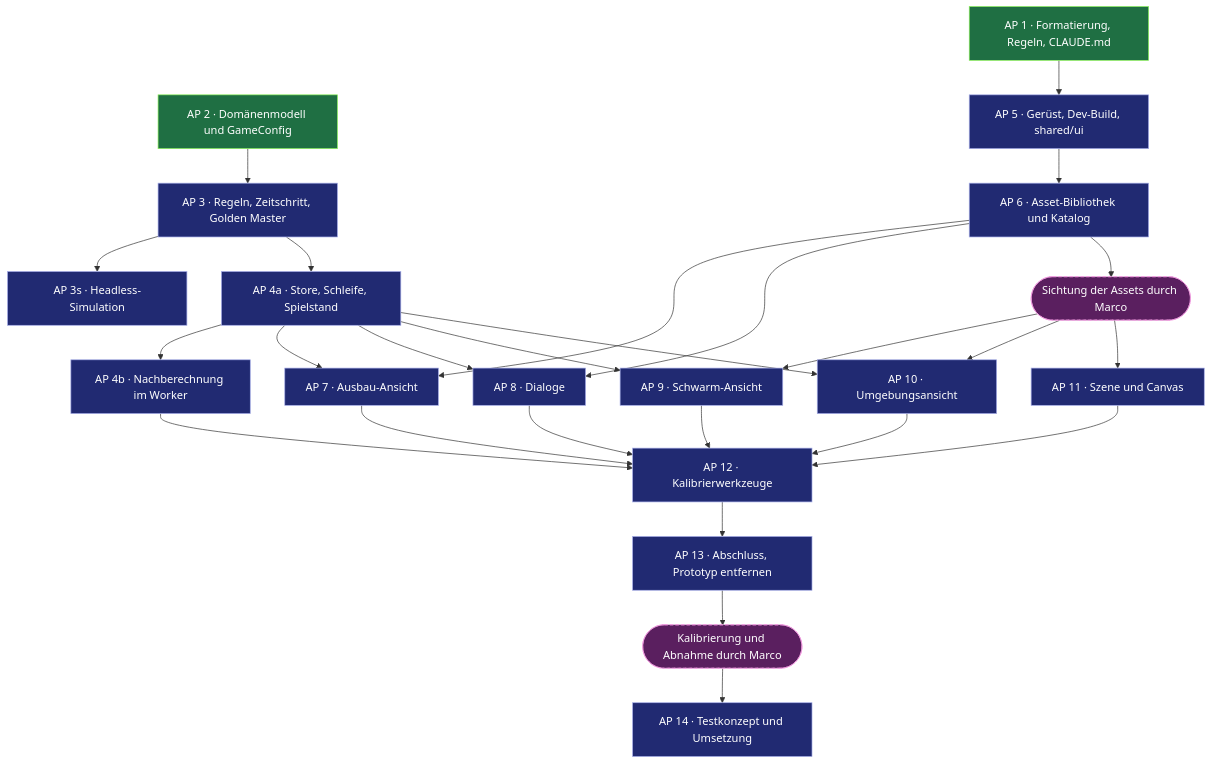
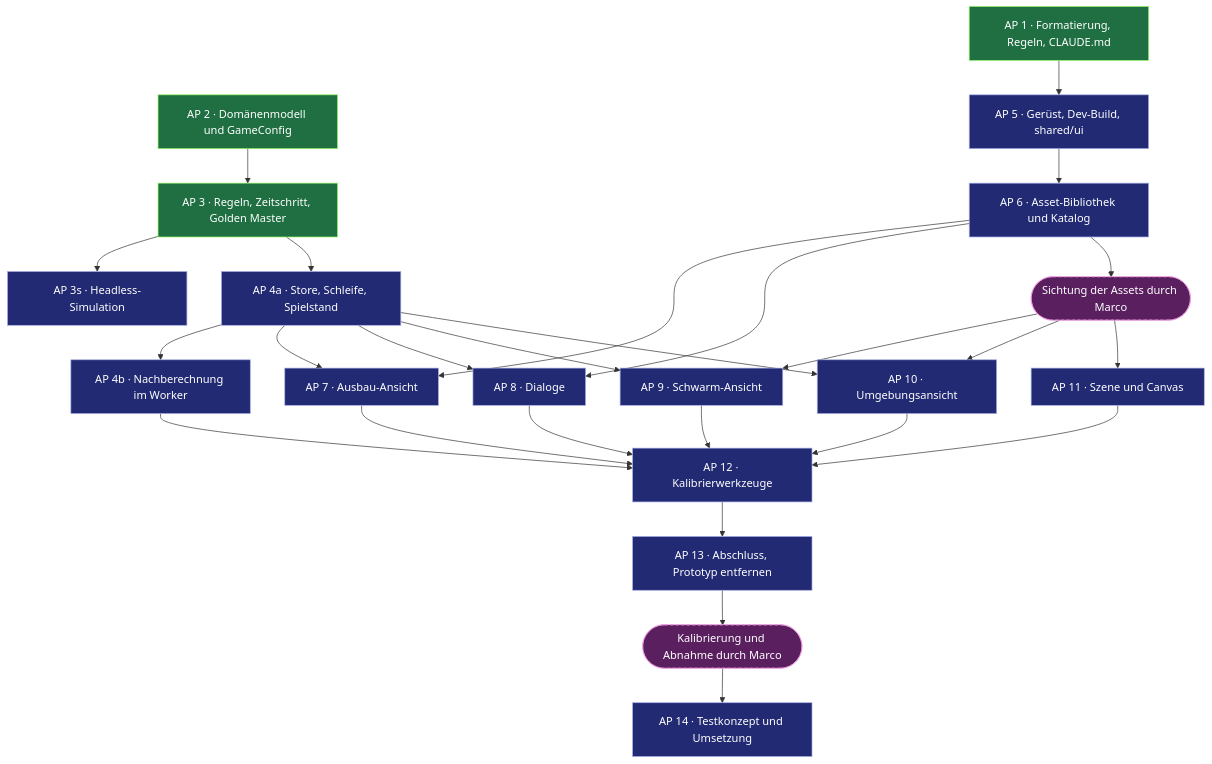
The diagram in docs/plan-angular-umbau.md (algoristic/IdleSwarm), drawn with Mermaid before and after one commit. The commit also changed other lines of this file and 2 other files, not shown here.

First line of the commit message:
docs: describe the rules, the time step and the golden master and mark AP 3 as done

````diff
--- a/docs/plan-angular-umbau.md
+++ b/docs/plan-angular-umbau.md
@@ -9,56 +9,56 @@
 ```mermaid
 flowchart TD
   classDef done fill:#1f6f43,stroke:#8cf25a,color:#ffffff
   classDef active fill:#7a5a10,stroke:#f2c94c,color:#ffffff
   classDef open fill:#212a72,stroke:#a7aee8,color:#ffffff
   classDef user fill:#5a1f5f,stroke:#f29be0,color:#ffffff,stroke-dasharray:5 3
 
   AP1["AP 1 · Formatierung, Regeln, CLAUDE.md"]
   AP2["AP 2 · Domänenmodell und GameConfig"]
   AP3["AP 3 · Regeln, Zeitschritt, Golden Master"]
   AP3s["AP 3s · Headless-Simulation"]
   AP4a["AP 4a · Store, Schleife, Spielstand"]
   AP4b["AP 4b · Nachberechnung im Worker"]
   AP5["AP 5 · Gerüst, Dev-Build, shared/ui"]
   AP6["AP 6 · Asset-Bibliothek und Katalog"]
   AP7["AP 7 · Ausbau-Ansicht"]
   AP8["AP 8 · Dialoge"]
   S1(["Sichtung der Assets durch Marco"])
   AP9["AP 9 · Schwarm-Ansicht"]
   AP10["AP 10 · Umgebungsansicht"]
   AP11["AP 11 · Szene und Canvas"]
   AP12["AP 12 · Kalibrierwerkzeuge"]
   AP13["AP 13 · Abschluss, Prototyp entfernen"]
   S2(["Kalibrierung und Abnahme durch Marco"])
   AP14["AP 14 · Testkonzept und Umsetzung"]
 
   AP1 --> AP5
   AP2 --> AP3
   AP3 --> AP3s
   AP3 --> AP4a
   AP4a --> AP4b
   AP5 --> AP6
   AP6 --> AP7
   AP6 --> AP8
   AP6 --> S1
   AP4a --> AP7
   AP4a --> AP8
   S1 --> AP9
   S1 --> AP10
   S1 --> AP11
   AP4a --> AP9
   AP4a --> AP10
   AP4b --> AP12
   AP7 --> AP12
   AP8 --> AP12
   AP9 --> AP12
   AP10 --> AP12
   AP11 --> AP12
   AP12 --> AP13
   AP13 --> S2
   S2 --> AP14
 
-  class AP1,AP2 done
-  class AP3,AP3s,AP4a,AP4b,AP5,AP6,AP7,AP8,AP9,AP10,AP11,AP12,AP13,AP14 open
+  class AP1,AP2,AP3 done
+  class AP3s,AP4a,AP4b,AP5,AP6,AP7,AP8,AP9,AP10,AP11,AP12,AP13,AP14 open
   class S1,S2 user
 ```
````
